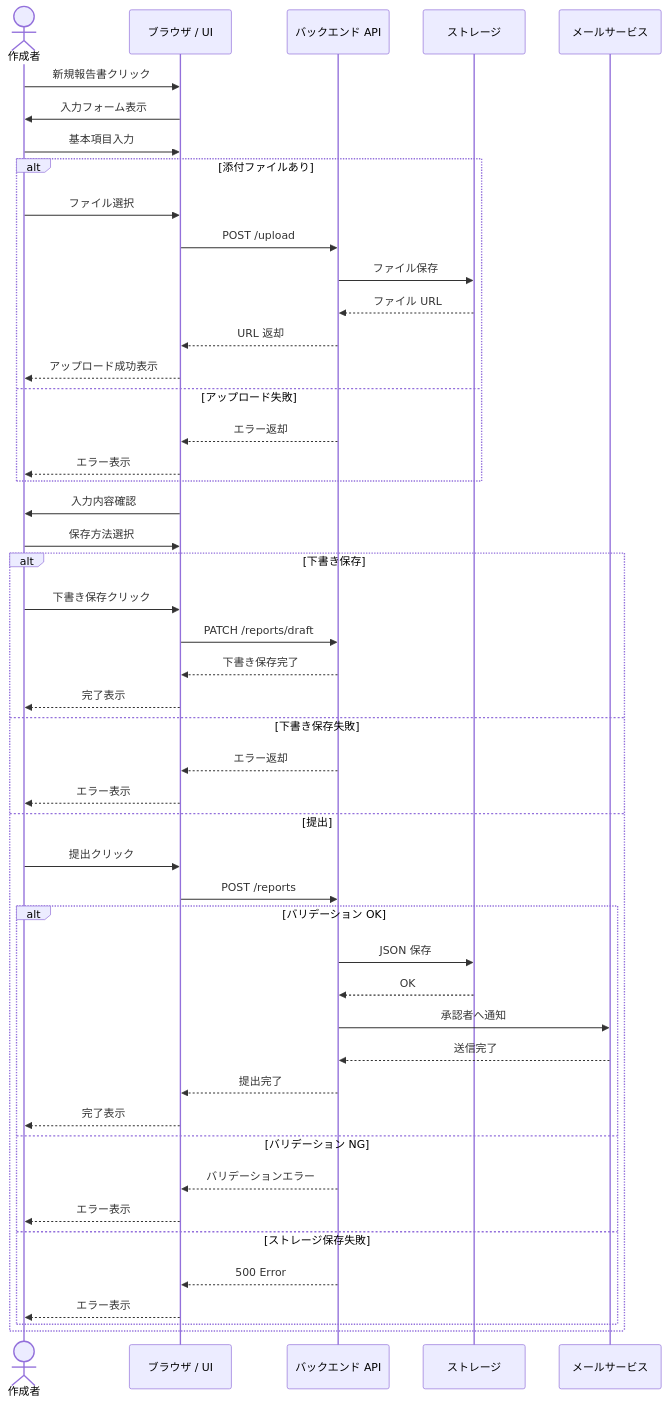
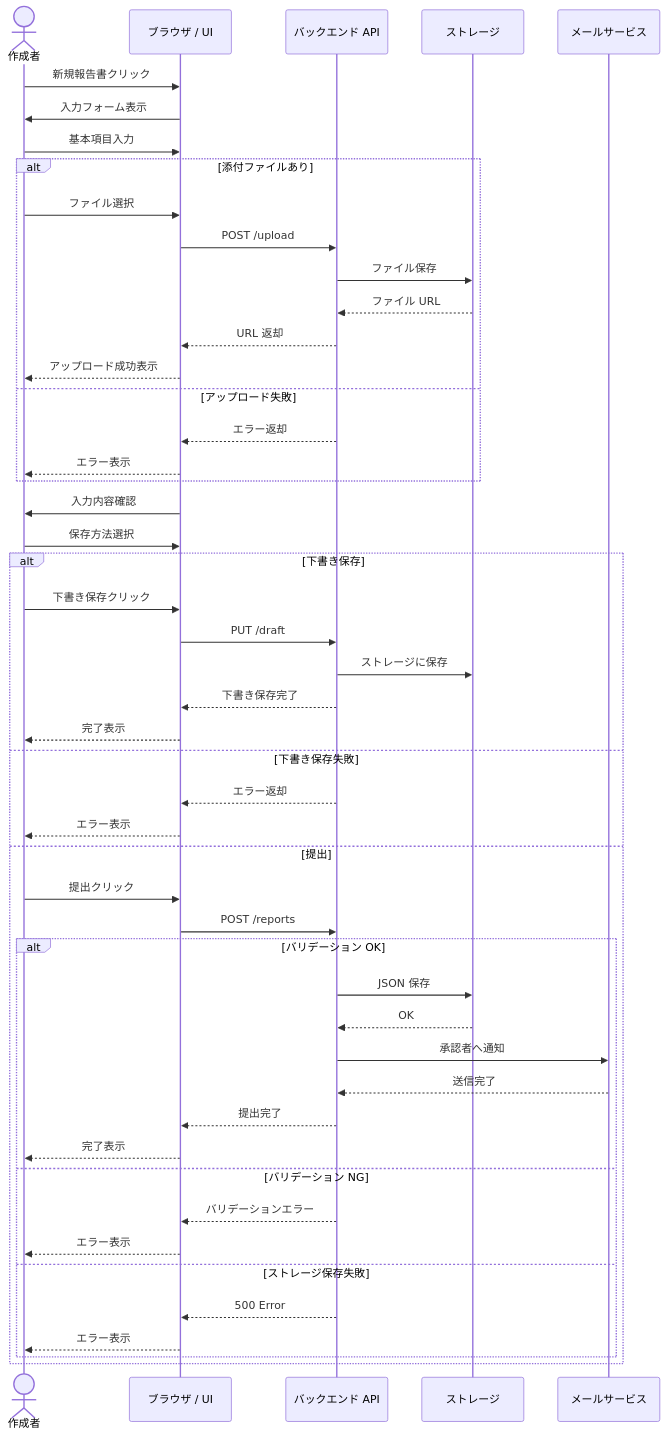
One commit to MineyamaHiyori/detailed_architect changed the diagram in seq.md. Above: the diagram before and after it, drawn with Mermaid.

Commit message:
Update seq.md
下書きをストレージに保存
を追加しました

````diff
--- a/seq.md
+++ b/seq.md
@@ -1,50 +1,51 @@
 ```mermaid
 sequenceDiagram
     actor   User      as 作成者
     participant UI    as ブラウザ / UI
     participant API   as バックエンド API
     participant Store as ストレージ
     participant Mail  as メールサービス
     User  ->> UI  : 新規報告書クリック
     UI    ->> User: 入力フォーム表示
     User  ->> UI  : 基本項目入力
     alt 添付ファイルあり
         User  ->> UI  : ファイル選択
         UI    ->> API : POST /upload
         API   ->> Store: ファイル保存
         Store -->> API : ファイル URL
         API  -->> UI   : URL 返却
         UI   -->> User : アップロード成功表示
     else アップロード失敗
         API  -->> UI   : エラー返却
         UI   -->> User : エラー表示
     end
     UI   ->> User : 入力内容確認
     User ->> UI   : 保存方法選択
     alt 下書き保存
         User ->> UI  : 下書き保存クリック
-        UI   ->> API : PATCH /reports/draft
+        UI   ->> API : PUT /draft
+        API  ->> Store : ストレージに保存
         API  -->> UI : 下書き保存完了
         UI   -->> User: 完了表示
     else 下書き保存失敗
         API  -->> UI   : エラー返却
         UI   -->> User : エラー表示
     else 提出
         User ->> UI  : 提出クリック
         UI   ->> API : POST /reports
         alt バリデーション OK
             API   ->> Store: JSON 保存
             Store -->> API  : OK
             API   ->> Mail : 承認者へ通知
             Mail  -->> API : 送信完了
             API  -->> UI  : 提出完了
             UI   -->> User: 完了表示
         else バリデーション NG
             API  -->> UI  : バリデーションエラー
             UI   -->> User: エラー表示
         else ストレージ保存失敗
             API  -->> UI  : 500 Error
             UI   -->> User: エラー表示
         end
     end
 ```
````
